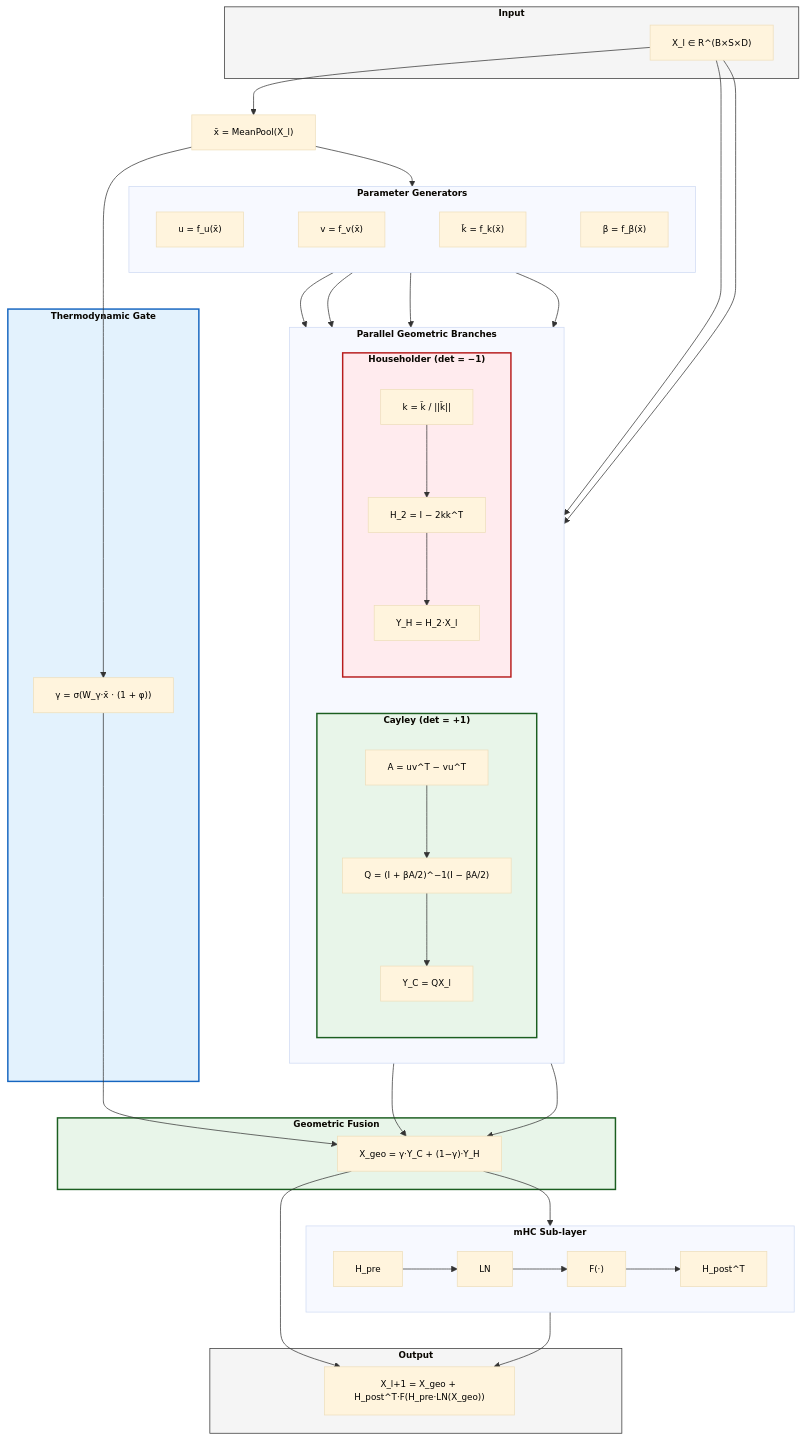
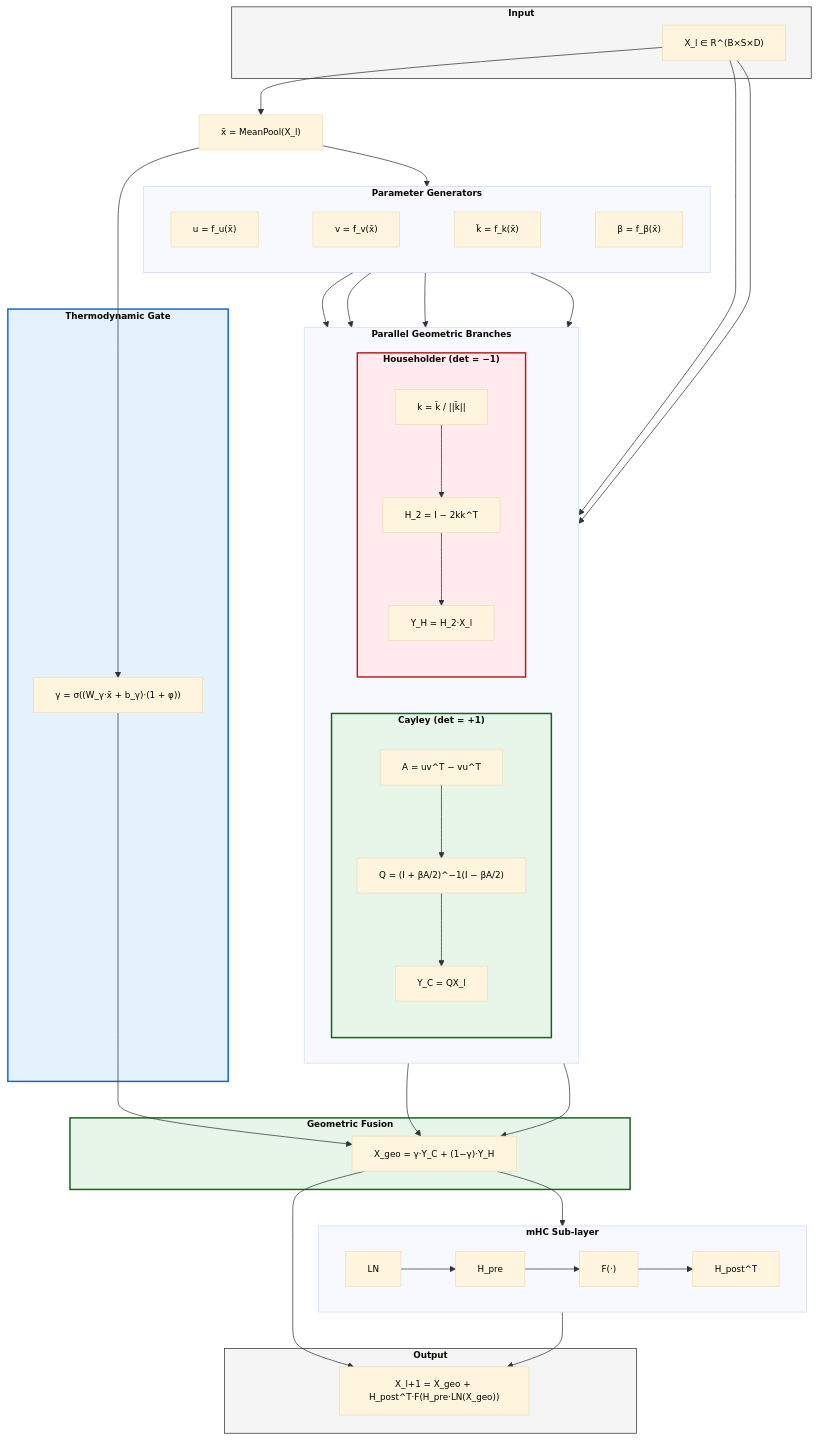
One commit to arash-shahmansoori/edelta changed the third of 7 diagrams in docs/RESEARCH.md. Above: the diagram before and after it, drawn with Mermaid.

Commit message:
Fix Figure 2 mathematical formulations for accuracy
Corrections made:
1. Gate formula: Added bias term
   - Before: γ = σ(W_γ·x̄ · (1 + φ))
   - After:  γ = σ((W_γ·x̄ + b_γ)·(1 + φ))

2. mHC Sub-layer order: LN comes BEFORE H_pre
   - Before: H_pre → LN → F(·) → H_post^T
   - After:  LN → H_pre → F(·) → H_post^T

Both corrections verified against edelta_hybrid.py implementation:
- gate_net = nn.Linear(d_model, 1, bias=True) → includes b_γ
- Block.forward(): x_normed = self.ln_1(x_geo) THEN x_pre = self.h_pre_attn(x_normed)

````diff
--- a/docs/RESEARCH.md
+++ b/docs/RESEARCH.md
@@ -965,76 +965,76 @@
 ```mermaid
 %%{init: {'theme': 'base', 'themeVariables': { 'fontSize': '12px', 'fontFamily': 'Arial, Helvetica, sans-serif', 'primaryTextColor': '#000000', 'lineColor': '#333333'}}}%%
 flowchart TB
     subgraph INPUT["<b>Input</b>"]
         X["X_l ∈ R^(B×S×D)"]
     end
     
     X --> POOL["x̄ = MeanPool(X_l)"]
     
     subgraph GENERATORS["<b>Parameter Generators</b>"]
         direction LR
         U["u = f_u(x̄)"] ~~~ V["v = f_v(x̄)"] ~~~ K["k̃ = f_k(x̄)"] ~~~ BETA["β = f_β(x̄)"]
     end
     
     POOL --> GENERATORS
     
     subgraph PARALLEL["<b>Parallel Geometric Branches</b>"]
         direction LR
         subgraph CAYLEY["<b>Cayley (det = +1)</b>"]
             direction TB
             A["A = uv^T − vu^T"]
             Q["Q = (I + βA/2)^−1(I − βA/2)"]
             QX["Y_C = QX_l"]
             A --> Q --> QX
         end
         subgraph HOUSEHOLDER["<b>Householder (det = −1)</b>"]
             direction TB
             KNORM["k = k̃ / ||k̃||"]
             H["H_2 = I − 2kk^T"]
             HX["Y_H = H_2·X_l"]
             KNORM --> H --> HX
         end
     end
     
     U --> A
     V --> A
     K --> KNORM
     BETA --> Q
     X --> QX
     X --> HX
     
     subgraph GATING["<b>Thermodynamic Gate</b>"]
-        GAMMA["γ = σ(W_γ·x̄ · (1 + φ))"]
+        GAMMA["γ = σ((W_γ·x̄ + b_γ)·(1 + φ))"]
     end
     
     POOL --> GAMMA
     
     subgraph FUSION["<b>Geometric Fusion</b>"]
         XGEO["X_geo = γ·Y_C + (1−γ)·Y_H"]
     end
     
     QX --> XGEO
     HX --> XGEO
     GAMMA --> XGEO
     
     subgraph MHC["<b>mHC Sub-layer</b>"]
         direction LR
-        PRE["H_pre"] --> LN["LN"] --> FUNC["F(·)"] --> POST["H_post^T"]
+        LN["LN"] --> PRE["H_pre"] --> FUNC["F(·)"] --> POST["H_post^T"]
     end
     
-    XGEO --> PRE
+    XGEO --> LN
     
     subgraph OUTPUT["<b>Output</b>"]
         OUT["X_l+1 = X_geo + H_post^T·F(H_pre·LN(X_geo))"]
     end
     
     XGEO --> OUT
     POST --> OUT
     
     style CAYLEY fill:#e8f5e9,stroke:#1b5e20,stroke-width:2px
     style HOUSEHOLDER fill:#ffebee,stroke:#b71c1c,stroke-width:2px
     style GATING fill:#e3f2fd,stroke:#1565c0,stroke-width:2px
     style FUSION fill:#e8f5e9,stroke:#1b5e20,stroke-width:2px
     style INPUT fill:#f5f5f5,stroke:#333333,stroke-width:1px
     style OUTPUT fill:#f5f5f5,stroke:#333333,stroke-width:1px
 ```
````
